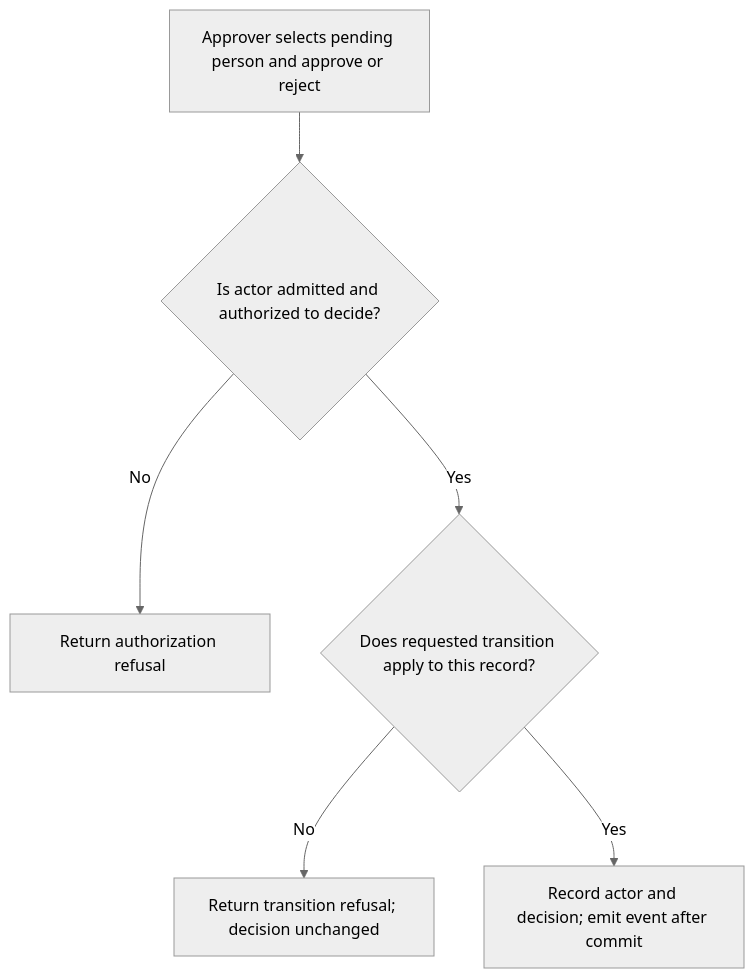
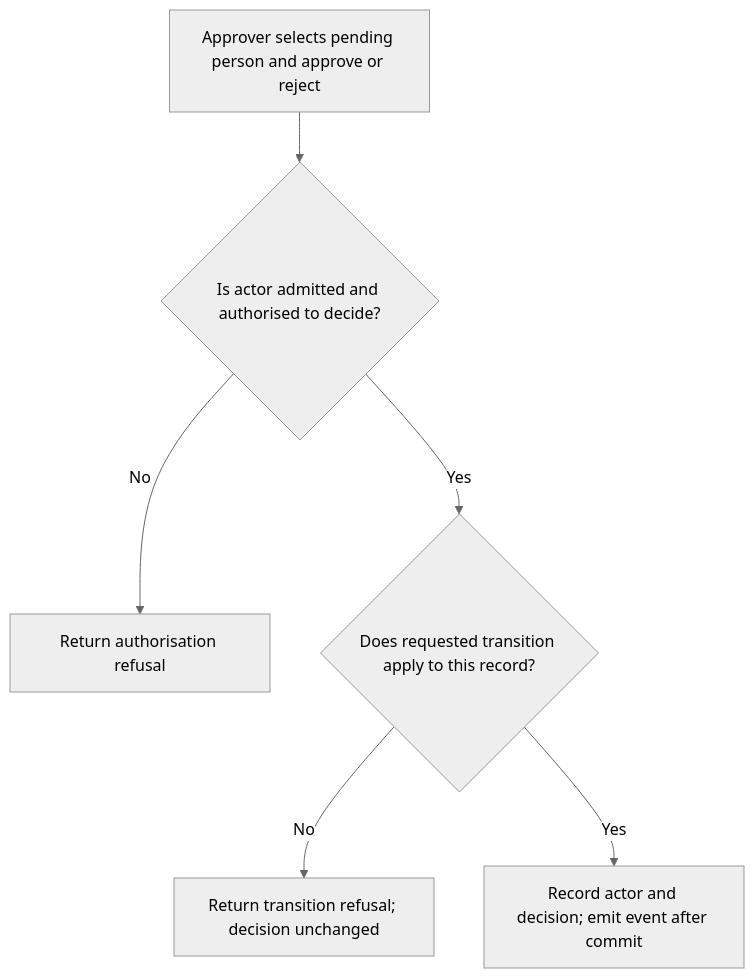
One commit to Kevinjohn/oss-adonisjs-account-kit changed the first of 2 diagrams in user-stories/US-ACCOUNT-26-decide-admission.md. Above: the diagram before and after it, drawn with Mermaid (neutral theme). The commit also changed other lines of this file and 93 other files, not shown here.

````diff
--- a/user-stories/US-ACCOUNT-26-decide-admission.md
+++ b/user-stories/US-ACCOUNT-26-decide-admission.md
@@ -18,8 +18,8 @@
 ```mermaid
 flowchart TD
- A["Approver selects pending person and approve or reject"] --> B{"Is actor admitted and authorized to decide?"}
- B -->|No| C["Return authorization refusal"]
+ A["Approver selects pending person and approve or reject"] --> B{"Is actor admitted and authorised to decide?"}
+ B -->|No| C["Return authorisation refusal"]
  B -->|Yes| D{"Does requested transition apply to this record?"}
  D -->|No| E["Return transition refusal; decision unchanged"]
  D -->|Yes| F["Record actor and decision; emit event after commit"]
 ```
````
